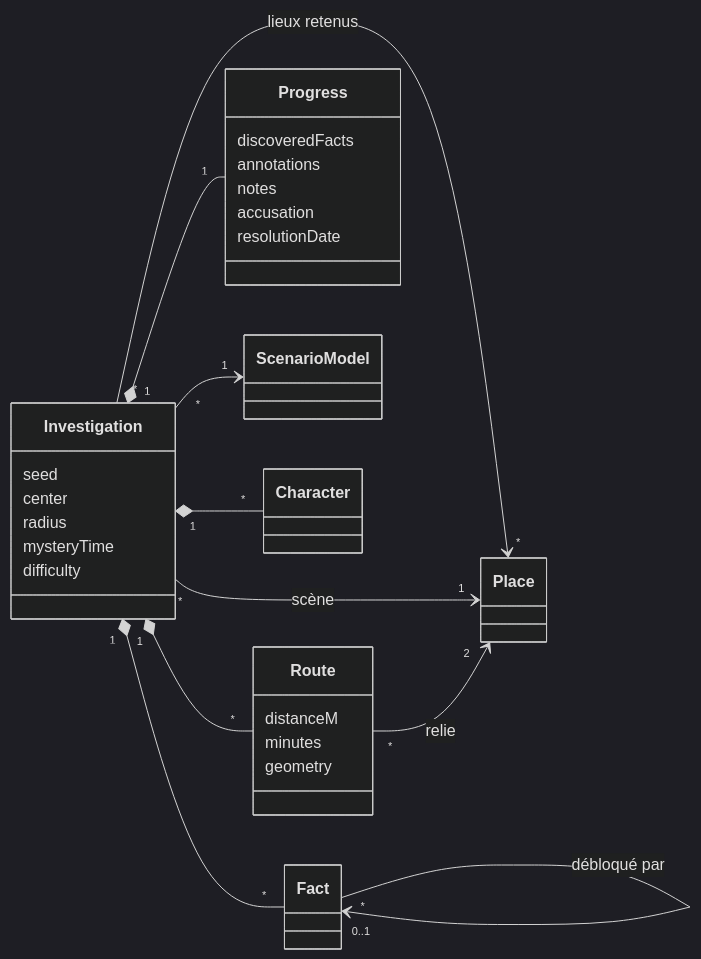
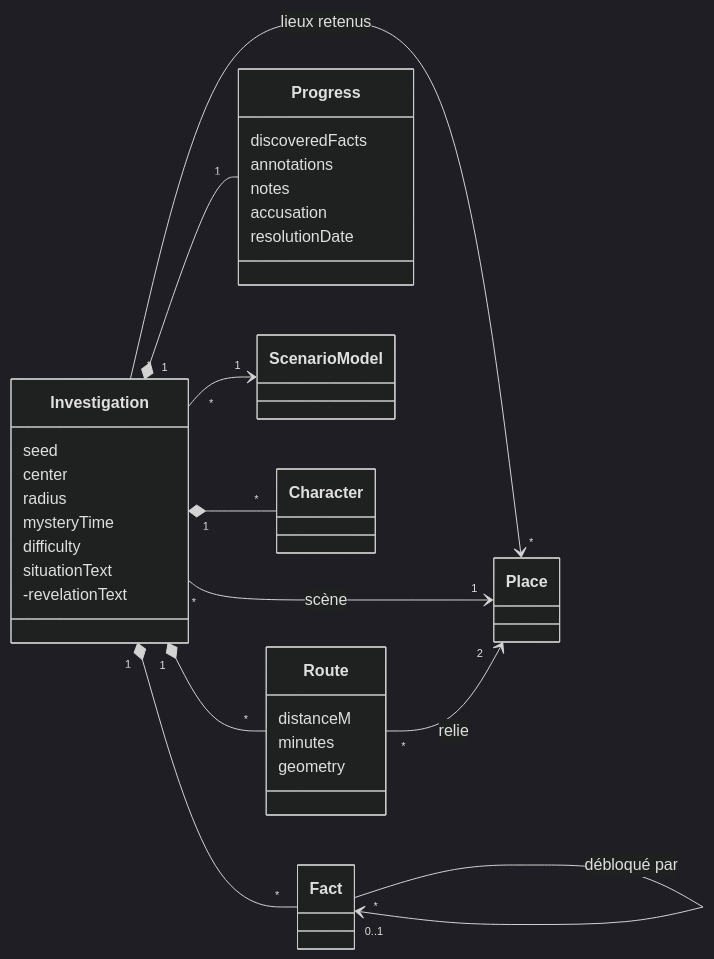
Before and after one commit to akartikus/pistouil: the fourth of 4 diagrams in docs/reference/DATA-MODEL.md, drawn with Mermaid (dark theme). The commit also changed other lines of this file and 4 other files, not shown here.

````diff
--- a/docs/reference/DATA-MODEL.md
+++ b/docs/reference/DATA-MODEL.md
@@ -161,32 +161,34 @@
 ```mermaid
 classDiagram
   direction LR
   class Investigation {
     seed
     center
     radius
     mysteryTime
     difficulty
+    situationText
+    -revelationText
   }
   class Route {
     distanceM
     minutes
     geometry
   }
   class Progress {
     discoveredFacts
     annotations
     notes
     accusation
     resolutionDate
   }
   Investigation "*" --> "1" ScenarioModel
   Investigation "*" --> "*" Place : lieux retenus
   Investigation "*" --> "1" Place : scène
   Investigation "1" *-- "*" Character
   Investigation "1" *-- "*" Fact
   Investigation "1" *-- "*" Route
   Investigation "1" *-- "1" Progress
   Route "*" --> "2" Place : relie
   Fact "*" --> "0..1" Fact : débloqué par
 ```
````
